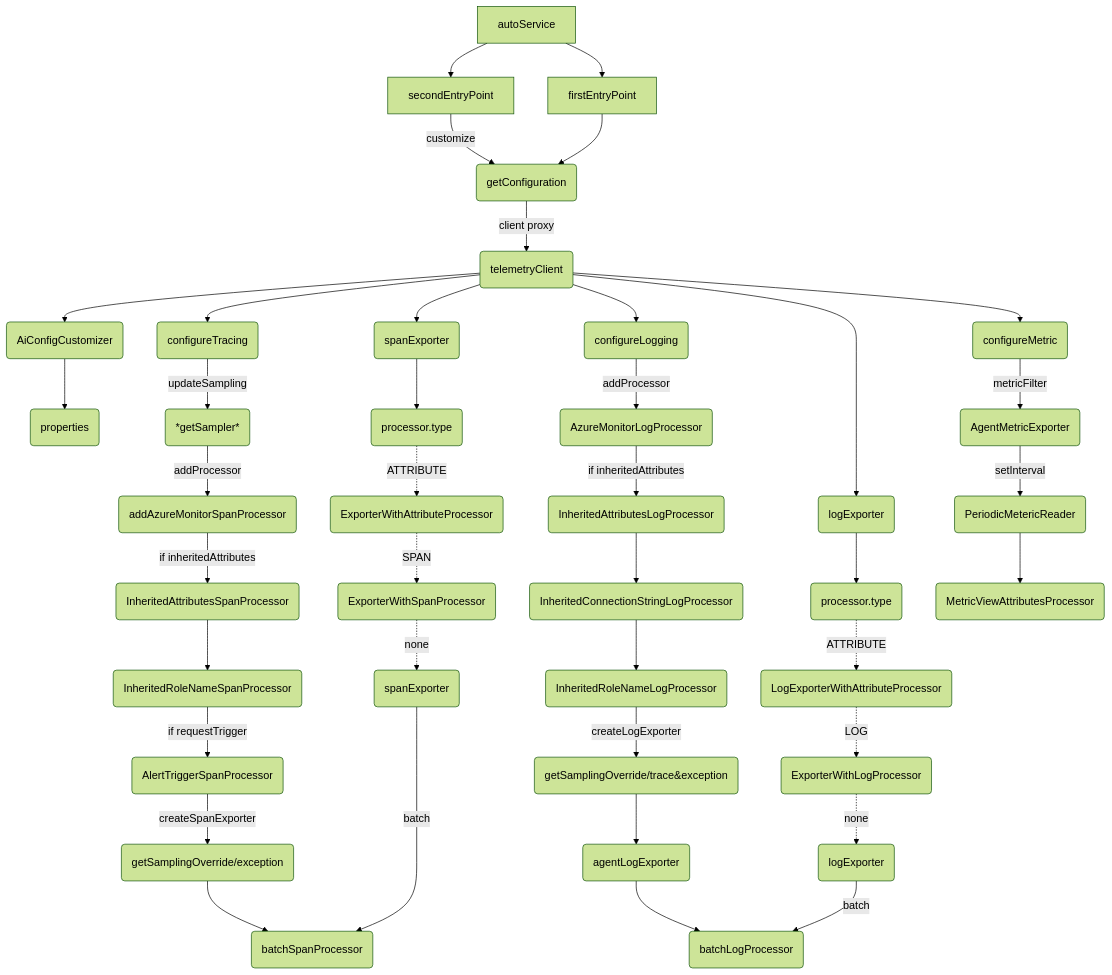
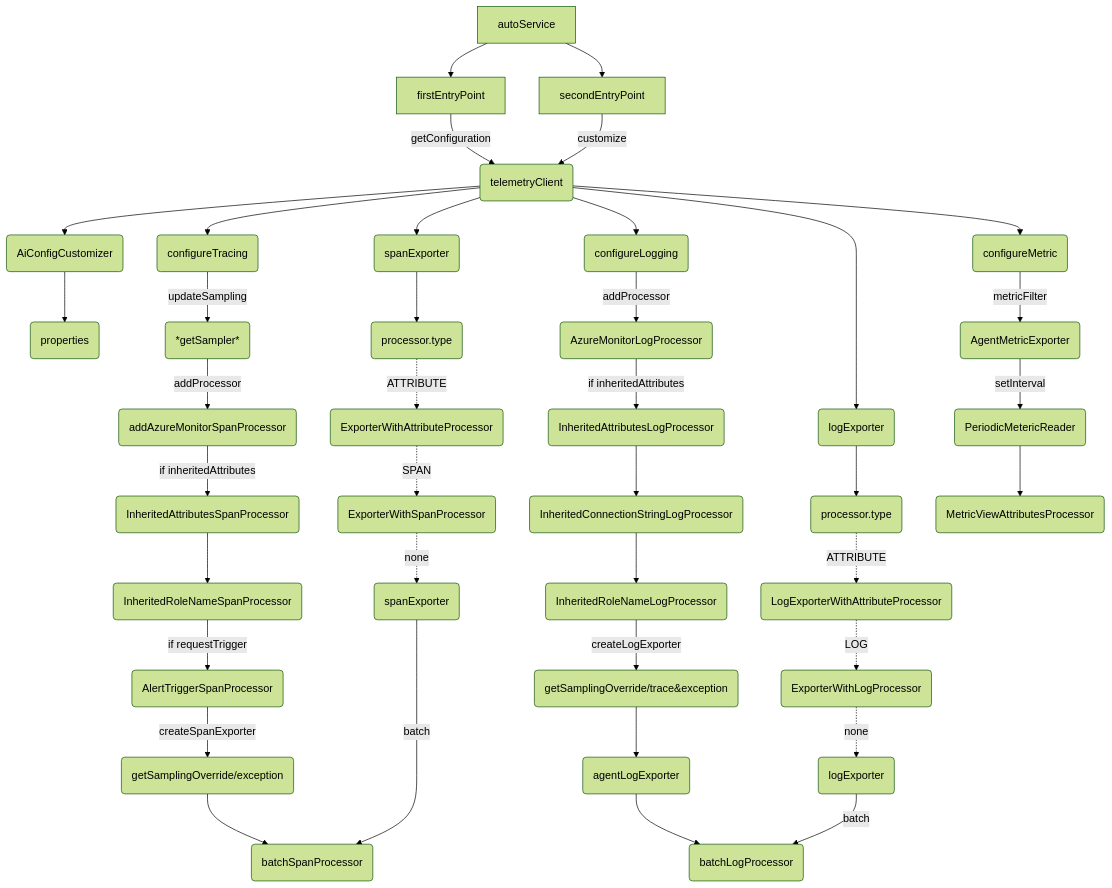
One commit to LQQ677/ApplicationInsights-Java changed the diagram in MyDiagram/autoService.md. Above: the diagram before and after it, drawn with Mermaid (forest theme). The commit also changed 12 other files, not shown here.

````diff
--- a/MyDiagram/autoService.md
+++ b/MyDiagram/autoService.md
@@ -1,47 +1,46 @@
 ```mermaid
 graph TD
 O[autoService]-->A
 O-->AA
-A[secondEntryPoint]-->|customize|B(getConfiguration)
-AA[firstEntryPoint]-->B
-B-->|client proxy|D(telemetryClient)
+AA[firstEntryPoint]-->|getConfiguration|D(telemetryClient)
+A[secondEntryPoint]-->|customize|D
 D-->DD(AiConfigCustomizer)
 DD-->DDD(properties)
 D-->D1(spanExporter)
 D-->D2(configureTracing)
 D-->D3(logExporter)
 D-->D4(configureLogging)
 D-->D5(configureMetric)
 
 D1-->E(processor.type)
 E-.->|ATTRIBUTE|E1(ExporterWithAttributeProcessor)
 E1-.->|SPAN|E2(ExporterWithSpanProcessor)
 E2-.->|none|E3(spanExporter)
 
 D2-->|updateSampling|F(*getSampler*)
 F-->|addProcessor|F1(addAzureMonitorSpanProcessor)
 F1-->|if inheritedAttributes|F2(InheritedAttributesSpanProcessor)
 F2-->F4(InheritedRoleNameSpanProcessor)
 F4-->|if requestTrigger|F5(AlertTriggerSpanProcessor)
 F5-->|createSpanExporter|F6(getSamplingOverride/exception)
 F6-->F7(batchSpanProcessor)
 E3---->|batch|F7
 
 D3-->G(processor.type)
 G-.->|ATTRIBUTE|G1(LogExporterWithAttributeProcessor)
 G1-.->|LOG|G2(ExporterWithLogProcessor)
 G2-.->|none|G3(logExporter)
 
 D4-->|addProcessor|H(AzureMonitorLogProcessor)
 H-->|if inheritedAttributes|H1(InheritedAttributesLogProcessor)
 H1-->H2(InheritedConnectionStringLogProcessor)
 H2-->H3(InheritedRoleNameLogProcessor)
 H3-->|createLogExporter|H4(getSamplingOverride/trace&exception)
 H4-->H5(agentLogExporter)
 H5-->H6(batchLogProcessor)
 G3-->|batch|H6
 
 D5-->|metricFilter|I(AgentMetricExporter)
 I-->|setInterval|I1(PeriodicMetericReader)
 I1-->I2(MetricViewAttributesProcessor)
 ``` 
````
